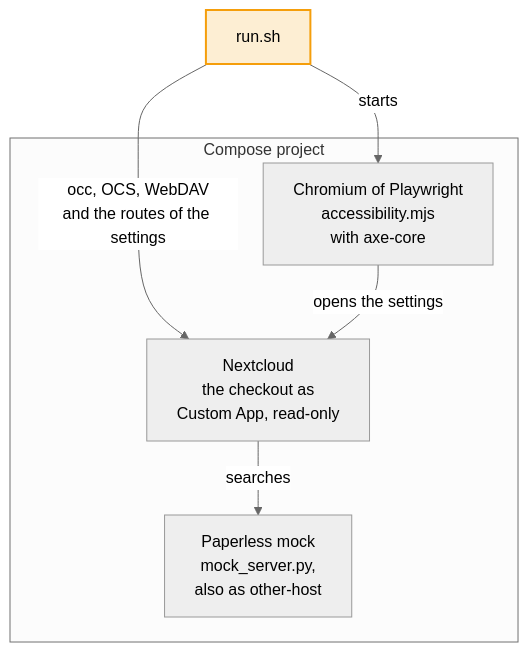
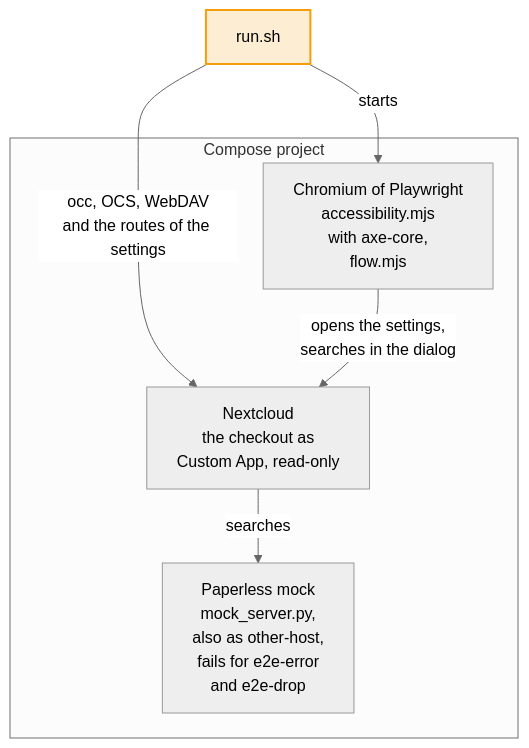
One commit to Dennis-Otto/paperless-unified-search changed the first of 4 diagrams in tests/e2e/README.md. Above: the diagram before and after it, drawn with Mermaid (neutral theme). The commit also changed other lines of this file and 14 other files, not shown here.

First line of the commit message:
test(e2e): cover failures, retries, pagination and the search dialog in a real Nextcloud (#122)

````diff
--- a/tests/e2e/README.md
+++ b/tests/e2e/README.md
@@ -5,25 +5,25 @@
 ```mermaid
 ---
 config:
   flowchart:
     wrappingWidth: 400
     nodeSpacing: 30
 ---
 flowchart TB
     accTitle: The end-to-end tests
-    accDescr: run.sh starts a Compose project with Nextcloud, which has the checkout as a read-only Custom App, a mock of Paperless, mock_server.py, which also answers as other-host, and the Chromium of Playwright with accessibility.mjs and axe-core. run.sh drives Nextcloud through occ, OCS, WebDAV and the routes of the settings and starts the browser; Nextcloud searches the mock, and the browser opens the settings of the app.
+    accDescr: run.sh starts a Compose project with Nextcloud, which has the checkout as a read-only Custom App, a mock of Paperless, mock_server.py, which also answers as other-host and fails for some terms, and the Chromium of Playwright with accessibility.mjs, axe-core and flow.mjs. run.sh drives Nextcloud through occ, OCS, WebDAV and the routes of the settings and starts the browser; Nextcloud searches the mock, and the browser opens the settings of the app and searches in the search dialog.
 
     run["run.sh"]
     subgraph compose["Compose project"]
         nextcloud["Nextcloud<br/>the checkout as<br/>Custom App, read-only"]
-        mock["Paperless mock<br/>mock_server.py,<br/>also as other-host"]
-        browser["Chromium of Playwright<br/>accessibility.mjs<br/>with axe-core"]
+        mock["Paperless mock<br/>mock_server.py,<br/>also as other-host,<br/>fails for e2e-error<br/>and e2e-drop"]
+        browser["Chromium of Playwright<br/>accessibility.mjs<br/>with axe-core,<br/>flow.mjs"]
     end
     run -- "occ, OCS, WebDAV<br/>and the routes of the settings" --> nextcloud
     run -- "starts" --> browser
     nextcloud -- "searches" --> mock
-    browser -- "opens the settings" --> nextcloud
+    browser -- "opens the settings,<br/>searches in the dialog" --> nextcloud
 
     classDef person fill:#f59e0b2e,stroke:#f59e0b,stroke-width:2px
     class run person
 ```
````
